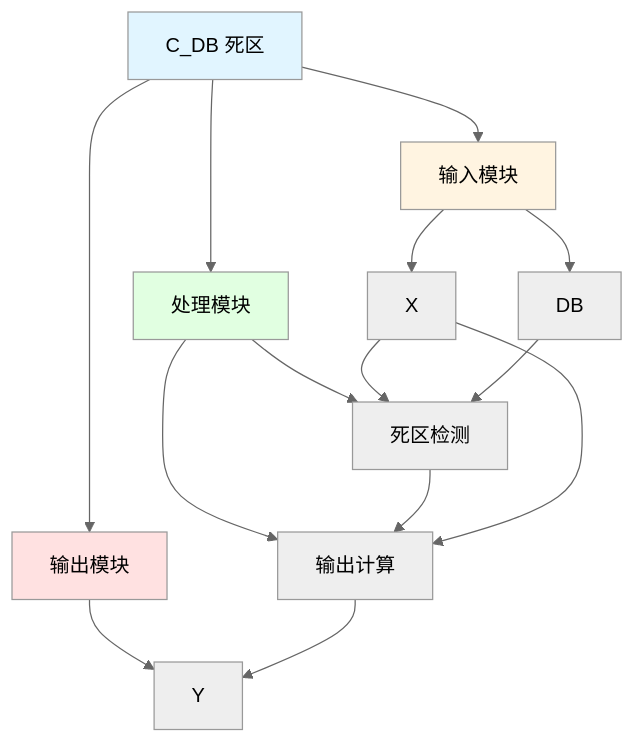
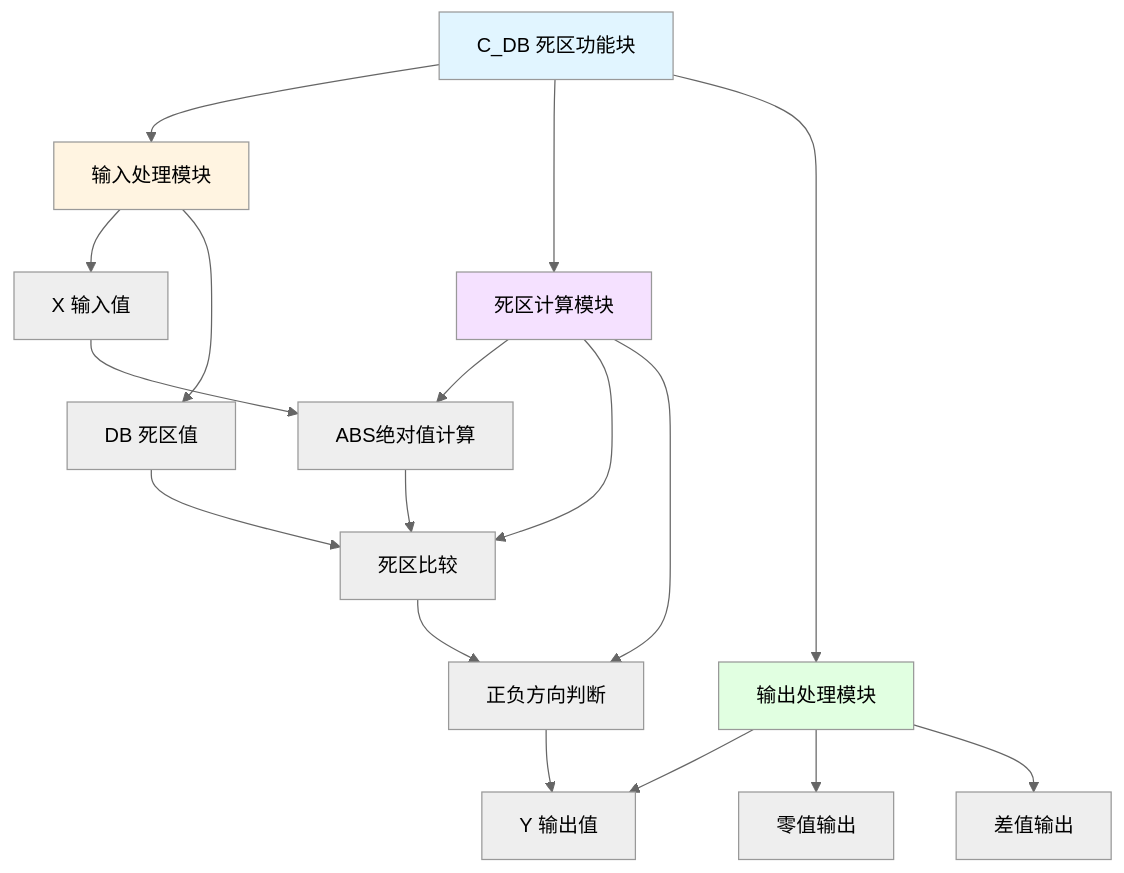
The diagram in C_DB_分析报告.md (dlgt6/c), drawn with Mermaid (neutral theme) before and after one commit. The commit also changed other lines of this file and 20 other files, not shown here.

````diff
--- a/C_DB_分析报告.md
+++ b/C_DB_分析报告.md
@@ -19,25 +31,28 @@
 ```mermaid
 graph TD
-    A[C_DB 死区] --> B[输入模块]
-    A --> C[处理模块]
-    A --> D[输出模块]
+    A[C_DB 死区功能块] --> B[输入处理模块]
+    A --> C[死区计算模块]
+    A --> D[输出处理模块]
     
-    B --> B1[X]
-    B --> B2[DB]
+    B --> B1[X 输入值]
+    B --> B2[DB 死区值]
     
-    C --> C1[死区检测]
-    C --> C2[输出计算]
+    C --> C1[ABS绝对值计算]
+    C --> C2[死区比较]
+    C --> C3[正负方向判断]
     
-    D --> D1[Y]
+    D --> D1[Y 输出值]
+    D --> D2[零值输出]
+    D --> D3[差值输出]
     
     B1 --> C1
-    B2 --> C1
+    B2 --> C2
     C1 --> C2
-    B1 --> C2
-    C2 --> D1
+    C2 --> C3
+    C3 --> D1
     
     style A fill:#e1f5ff
     style B fill:#fff4e1
-    style C fill:#e1ffe1
-    style D fill:#ffe1e1
+    style C fill:#f5e1ff
+    style D fill:#e1ffe1
 ```
````
